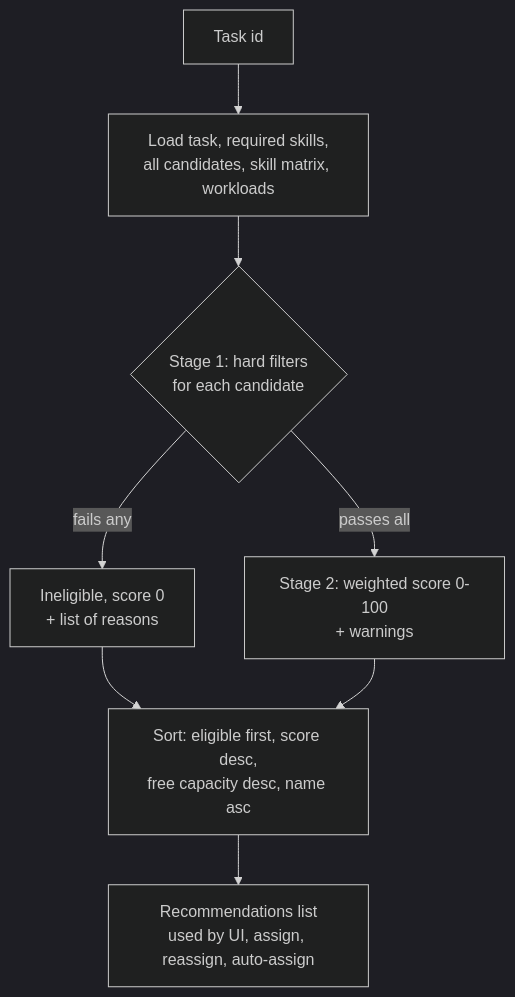
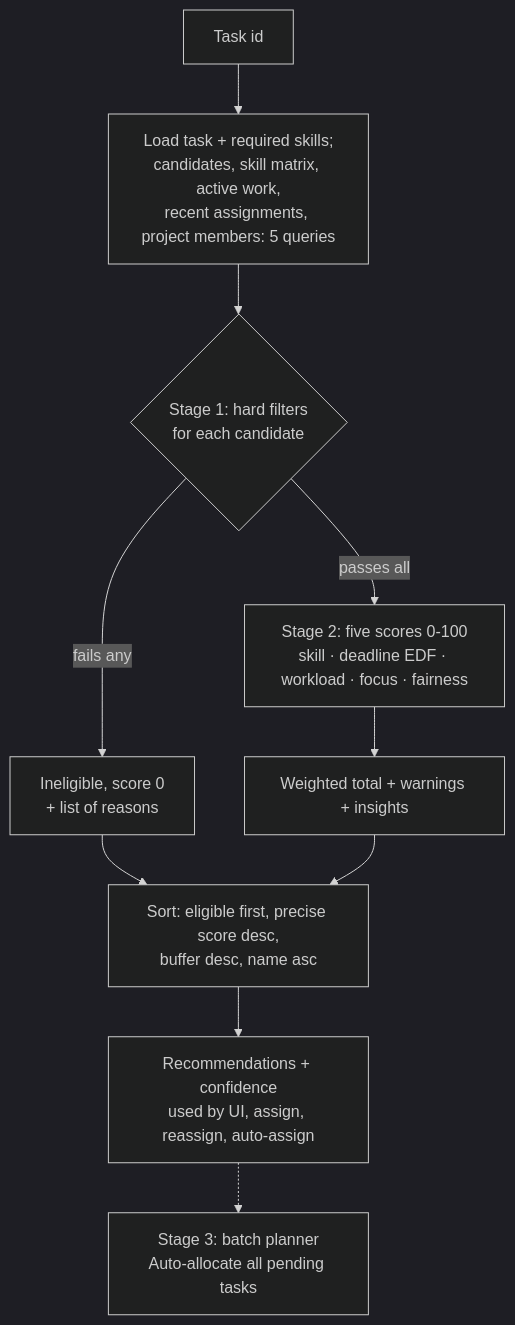
The diagram in docs/qa/04-allocation-algorithm.md (md8-habibullah/smart_workflow), drawn with Mermaid (dark theme) before and after one commit. The commit also changed other lines of this file and 98 other files, not shown here.

````diff
--- a/docs/qa/04-allocation-algorithm.md
+++ b/docs/qa/04-allocation-algorithm.md
@@ -10,10 +10,12 @@
 ```mermaid
 flowchart TD
-    A[Task id] --> B[Load task, required skills,<br/>all candidates, skill matrix, workloads]
+    A[Task id] --> B[Load task + required skills;<br/>candidates, skill matrix, active work,<br/>recent assignments, project members: 5 queries]
     B --> C{Stage 1: hard filters<br/>for each candidate}
     C -- fails any --> D[Ineligible, score 0<br/>+ list of reasons]
-    C -- passes all --> E[Stage 2: weighted score 0-100<br/>+ warnings]
-    D --> F[Sort: eligible first, score desc,<br/>free capacity desc, name asc]
-    E --> F
-    F --> G[Recommendations list<br/>used by UI, assign, reassign, auto-assign]
+    C -- passes all --> E[Stage 2: five scores 0-100<br/>skill · deadline EDF · workload · focus · fairness]
+    E --> W[Weighted total + warnings + insights]
+    D --> F[Sort: eligible first, precise score desc,<br/>buffer desc, name asc]
+    W --> F
+    F --> G[Recommendations + confidence<br/>used by UI, assign, reassign, auto-assign]
+    G -.-> H[Stage 3: batch planner<br/>Auto-allocate all pending tasks]
 ```
````
